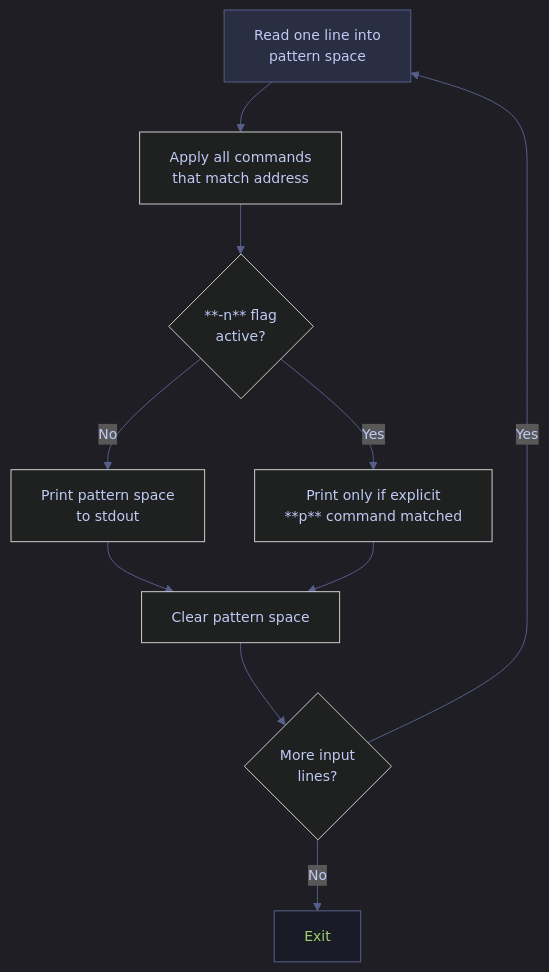
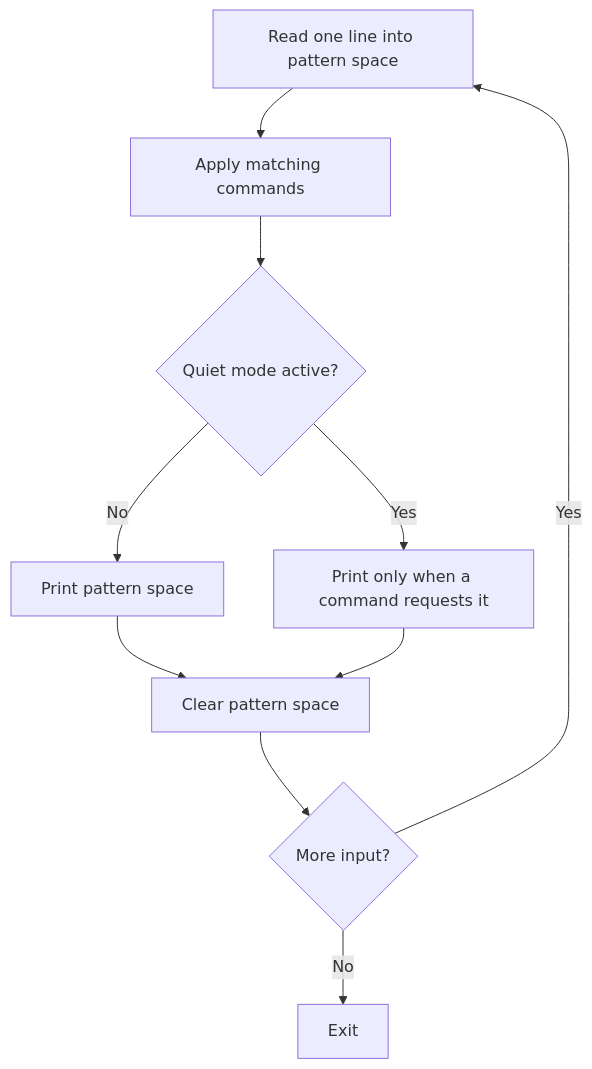
Before and after one commit to alp78/elysium: the diagram in content/01-Shell/03-Text-Processing/03-sed-stream-editing.md, drawn with Mermaid. The commit also changed other lines of this file and 46 other files, not shown here.

````diff
--- a/content/01-Shell/03-Text-Processing/03-sed-stream-editing.md
+++ b/content/01-Shell/03-Text-Processing/03-sed-stream-editing.md
@@ -154,27 +106,12 @@
 ```mermaid
-%%{init: {'theme': 'dark', 'themeVariables': {
-  'primaryColor': '#292e42',
-  'primaryTextColor': '#c0caf5',
-  'primaryBorderColor': '#565f89',
-  'lineColor': '#565f89',
-  'secondaryColor': '#1a1b26',
-  'tertiaryColor': '#24283b',
-  'noteTextColor': '#c0caf5',
-  'noteBkgColor': '#292e42',
-  'textColor': '#c0caf5',
-  'fontSize': '14px'
-}}}%%
 flowchart TD
-    A["Read one line into<br/>pattern space"] --> B["Apply all commands<br/>that match address"]
-    B --> C{"**-n** flag<br/>active?"}
-    C -->|No| D["Print pattern space<br/>to stdout"]
-    C -->|Yes| E["Print only if explicit<br/>**p** command matched"]
-    D --> F["Clear pattern space"]
+    A[Read one line into pattern space] --> B[Apply matching commands]
+    B --> C{Quiet mode active?}
+    C -->|No| D[Print pattern space]
+    C -->|Yes| E[Print only when a command requests it]
+    D --> F[Clear pattern space]
     E --> F
-    F --> G{"More input<br/>lines?"}
+    F --> G{More input?}
     G -->|Yes| A
-    G -->|No| H["Exit"]
-
-    style A fill:#292e42,stroke:#565f89,color:#c0caf5
-    style H fill:#1a1b26,stroke:#565f89,color:#9ece6a
+    G -->|No| H[Exit]
 ```
````
